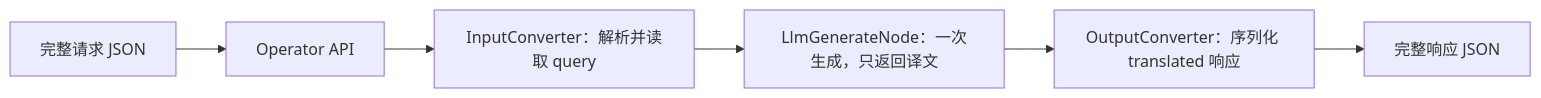
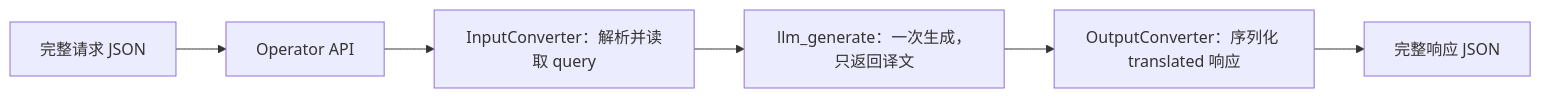
The diagram in doc/solutions/translate.md (chamsechan/LLM-EdgeFlow), drawn with Mermaid before and after one commit. The commit also changed other lines of this file and 181 other files, not shown here.

````diff
--- a/doc/solutions/translate.md
+++ b/doc/solutions/translate.md
@@ -93,8 +93,8 @@
 ```mermaid
 flowchart LR
     A[完整请求 JSON] --> B[Operator API]
     B --> C[InputConverter：解析并读取 query]
-    C --> E[LlmGenerateNode：一次生成，只返回译文]
+    C --> E[llm_generate：一次生成，只返回译文]
     E --> G[OutputConverter：序列化 translated 响应]
     G --> H[完整响应 JSON]
 ```
````
